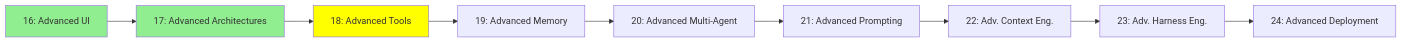
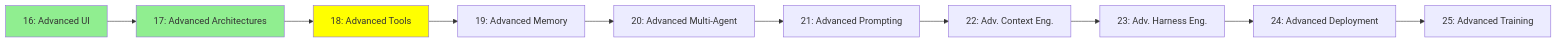
The diagram in mini-courses/3_expert/18_advanced_tools.md (lokumai/ai-engineering-bazaar), drawn with Mermaid before and after one commit. The commit also changed other lines of this file and 71 other files, not shown here.

````diff
--- a/mini-courses/3_expert/18_advanced_tools.md
+++ b/mini-courses/3_expert/18_advanced_tools.md
@@ -24,14 +24,15 @@
 ```mermaid
 graph LR
     A[16: Advanced UI] --> B[17: Advanced Architectures]
     B --> C[18: Advanced Tools]
     C --> D[19: Advanced Memory]
     D --> E[20: Advanced Multi-Agent]
     E --> F[21: Advanced Prompting]
     F --> G[22: Adv. Context Eng.]
     G --> H[23: Adv. Harness Eng.]
     H --> I[24: Advanced Deployment]
+    I --> J[25: Advanced Training]
     style A fill:#90EE90
     style B fill:#90EE90
     style C fill:#FFFF00
 ```
````
